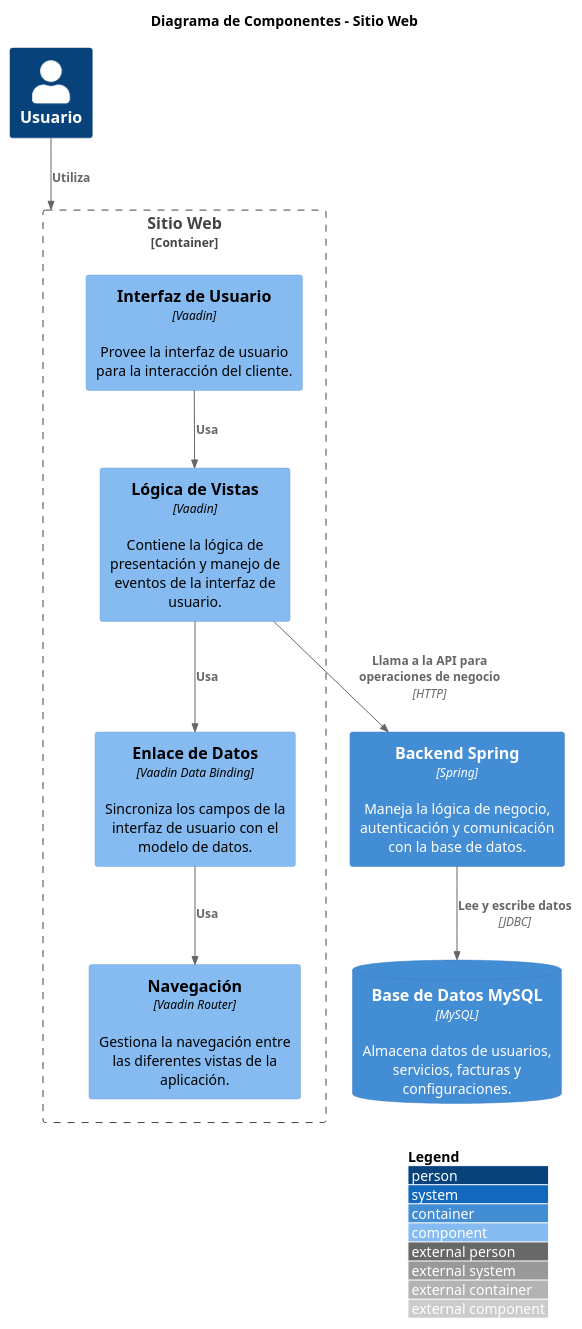
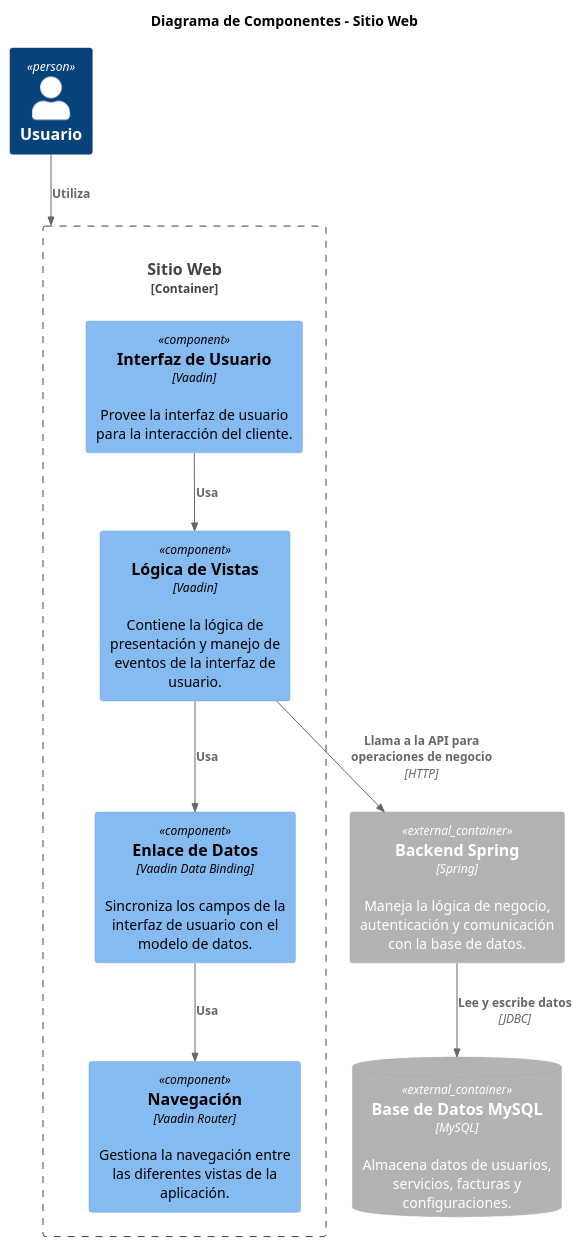
The diagram in docs/diagrams/WebComponentDiagramC4.puml (davidbp10/iw2023-2024-MovilUCA), drawn with PlantUML before and after one commit. The commit also changed 3 other files, not shown here.

Commit message:
Mejora de los diagramas C4

```diff
--- a/docs/diagrams/WebComponentDiagramC4.puml
+++ b/docs/diagrams/WebComponentDiagramC4.puml
@@ -1,29 +1,27 @@
 @startuml
 !include https://raw.githubusercontent.com/plantuml-stdlib/C4-PlantUML/master/C4_Component.puml
-
-LAYOUT_WITH_LEGEND()
 
 title Diagrama de Componentes - Sitio Web 
 
 Person(usuario, "Usuario", "")
 
 Container_Boundary(web, "Sitio Web", "Vaadin", "Permite a los clientes interactuar con la plataforma.") {
     Component(ui, "Interfaz de Usuario", "Vaadin", "Provee la interfaz de usuario para la interacción del cliente.")
     Component(viewLogic, "Lógica de Vistas", "Vaadin", "Contiene la lógica de presentación y manejo de eventos de la interfaz de usuario.")
     Component(dataBinding, "Enlace de Datos", "Vaadin Data Binding", "Sincroniza los campos de la interfaz de usuario con el modelo de datos.")
     Component(navigation, "Navegación", "Vaadin Router", "Gestiona la navegación entre las diferentes vistas de la aplicación.")
     
     Rel(ui, viewLogic, "Usa")
     Rel(viewLogic, dataBinding, "Usa")
     Rel(dataBinding, navigation, "Usa")
 }
 
 
-ContainerDb(bd, "Base de Datos MySQL", "MySQL", "Almacena datos de usuarios, servicios, facturas y configuraciones.")
-Container(backend, "Backend Spring", "Spring", "Maneja la lógica de negocio, autenticación y comunicación con la base de datos.")
+ContainerDb_Ext(bd, "Base de Datos MySQL", "MySQL", "Almacena datos de usuarios, servicios, facturas y configuraciones.")
+Container_Ext(backend, "Backend Spring", "Spring", "Maneja la lógica de negocio, autenticación y comunicación con la base de datos.")
 
 Rel(usuario, web, "Utiliza")
 Rel(viewLogic, backend, "Llama a la API para operaciones de negocio", "HTTP")
 Rel(backend, bd, "Lee y escribe datos", "JDBC")
 
 @enduml
```
